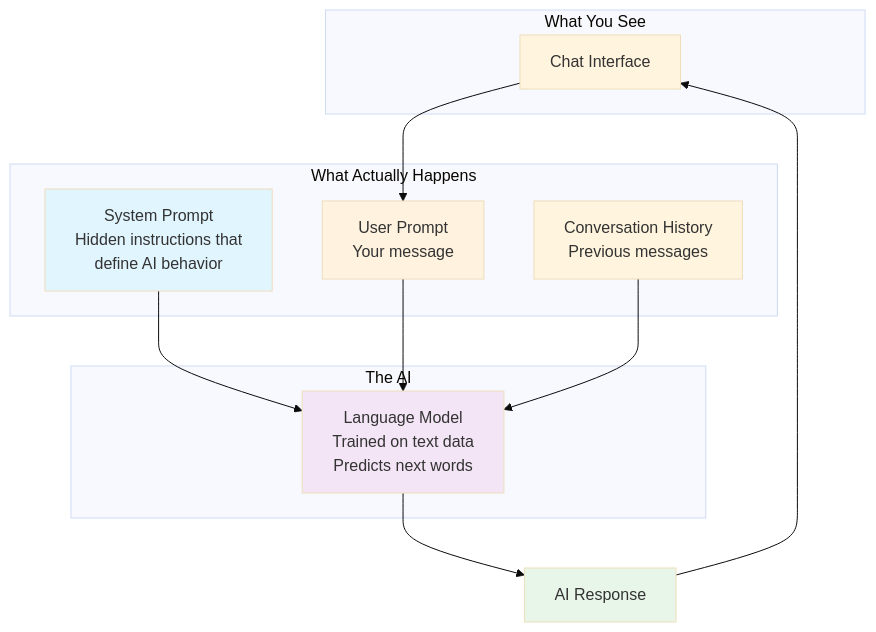
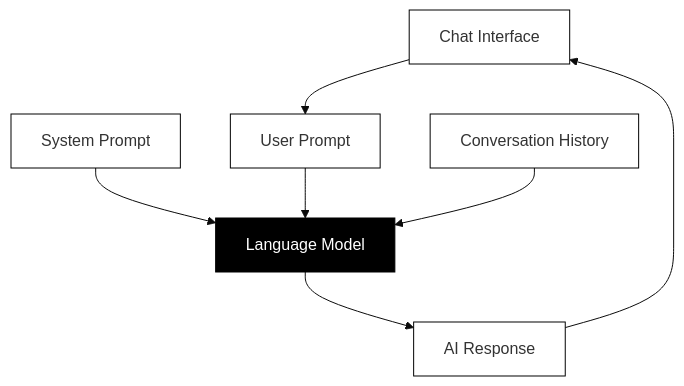
One commit to gmoigneu/howtouseinternet changed the diagram in src/content/courses/artificial-intelligence/prompting/efficient-prompting/02-understanding-how-ai-works-en.md. Above: the diagram before and after it, drawn with Mermaid (base theme). The commit also changed other lines of this file and 12 other files, not shown here.

Commit message:
Add Mermaid integration to Astro configuration and update dependencies. Enhance global CSS for better diagram rendering and responsiveness. Update course content with improved formatting for prompts and examples, ensuring clarity and consistency in AI interaction guidelines.

````diff
--- a/src/content/courses/artificial-intelligence/prompting/efficient-prompting/02-understanding-how-ai-works-en.md
+++ b/src/content/courses/artificial-intelligence/prompting/efficient-prompting/02-understanding-how-ai-works-en.md
@@ -19,28 +19,23 @@
 ```mermaid
 flowchart TB
-    subgraph "What You See"
-        UI[Chat Interface]
-    end
-
-    subgraph "What Actually Happens"
-        SP[System Prompt<br/>Hidden instructions that<br/>define AI behavior]
-        UP[User Prompt<br/>Your message]
-        CTX[Conversation History<br/>Previous messages]
-    end
-
-    subgraph "The AI"
-        MODEL[Language Model<br/>Trained on text data<br/>Predicts next words]
-    end
+    UI[Chat Interface]
+    SP[System Prompt]
+    UP[User Prompt]
+    CTX[Conversation History]
+    MODEL[Language Model]
+    RESPONSE[AI Response]
 
     UI --> UP
     SP --> MODEL
     UP --> MODEL
     CTX --> MODEL
-    MODEL --> RESPONSE[AI Response]
+    MODEL --> RESPONSE
     RESPONSE --> UI
 
-    style SP fill:#e1f5fe
-    style UP fill:#fff3e0
-    style MODEL fill:#f3e5f5
-    style RESPONSE fill:#e8f5e9
+    style UI fill:#fff,stroke:#000
+    style SP fill:#fff,stroke:#000
+    style UP fill:#fff,stroke:#000
+    style CTX fill:#fff,stroke:#000
+    style MODEL fill:#000,stroke:#000,color:#fff
+    style RESPONSE fill:#fff,stroke:#000
 ```
````
